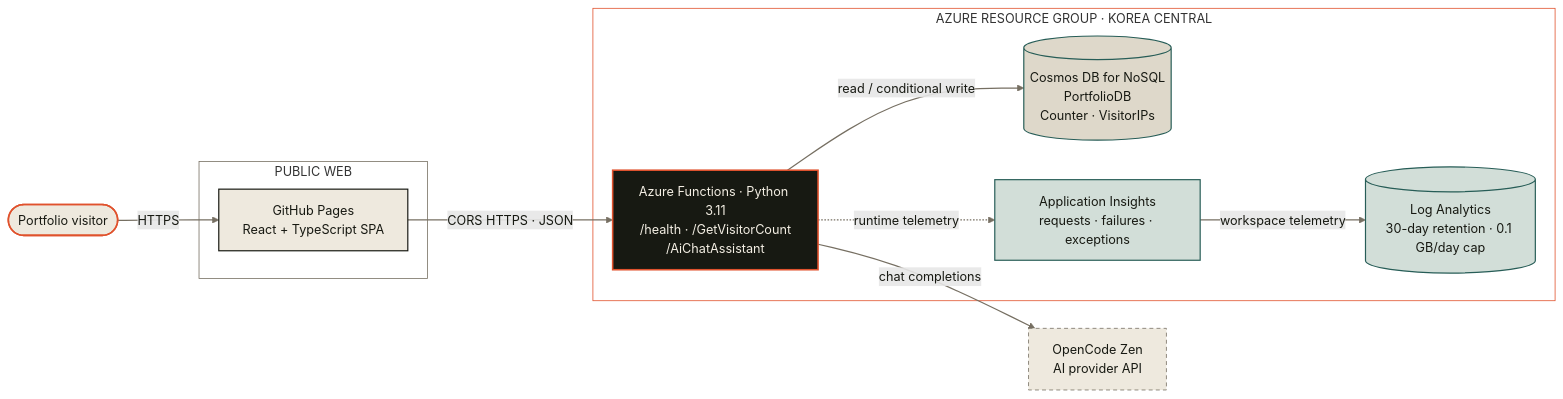
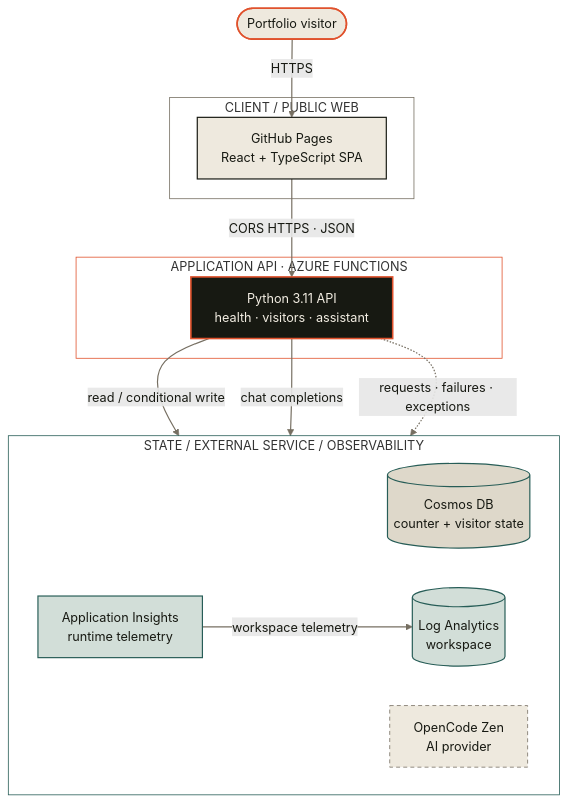
The diagram in docs/architecture/portfolio/runtime.mmd (Jeysibn/portfolio), drawn with Mermaid before and after one commit. The commit also changed 13 other files, not shown here.

Commit message:
polish architecture diagram presentation

```diff
--- a/docs/architecture/portfolio/runtime.mmd
+++ b/docs/architecture/portfolio/runtime.mmd
@@ -1,34 +1,34 @@
 %% C4 container-level runtime view.
-%% Audience: recruiters and technical reviewers tracing a production request.
-flowchart LR
+%% Audience: recruiters and technical reviewers tracing one production request.
+%% Shows runtime containers and telemetry; delivery is intentionally out of scope.
+flowchart TB
   visitor(["Portfolio visitor"]):::actor
-
-  subgraph publicWeb["PUBLIC WEB"]
+  subgraph publicWeb["CLIENT / PUBLIC WEB"]
     pages["GitHub Pages<br/>React + TypeScript SPA"]:::surface
   end
-
-  subgraph azure["AZURE RESOURCE GROUP · KOREA CENTRAL"]
-    functions["Azure Functions · Python 3.11<br/>/health · /GetVisitorCount<br/>/AiChatAssistant"]:::runtime
-    cosmos[("Cosmos DB for NoSQL<br/>PortfolioDB<br/>Counter · VisitorIPs")]:::state
-    insights["Application Insights<br/>requests · failures · exceptions"]:::observe
-    logs[("Log Analytics<br/>30-day retention · 0.1 GB/day cap")]:::observe
+  subgraph applicationApi["APPLICATION API · AZURE FUNCTIONS"]
+    functions["Python 3.11 API<br/>health · visitors · assistant"]:::runtime
   end
-
-  provider["OpenCode Zen<br/>AI provider API"]:::external
-
+  subgraph dependencies["STATE / EXTERNAL SERVICE / OBSERVABILITY"]
+    direction LR
+    cosmos[("Cosmos DB<br/>counter + visitor state")]:::state
+    provider["OpenCode Zen<br/>AI provider"]:::external
+    insights["Application Insights<br/>runtime telemetry"]:::observe
+    logs[("Log Analytics<br/>workspace")]:::observe
+  end
   visitor -->|"HTTPS"| pages
   pages -->|"CORS HTTPS · JSON"| functions
   functions -->|"read / conditional write"| cosmos
   functions -->|"chat completions"| provider
-  functions -.->|"runtime telemetry"| insights
+  functions -.->|"requests · failures · exceptions"| insights
   insights -->|"workspace telemetry"| logs
-
   classDef actor fill:#eee9de,stroke:#e0522d,color:#171912,stroke-width:2px
   classDef surface fill:#eee9de,stroke:#171912,color:#171912,stroke-width:1.5px
   classDef runtime fill:#171912,stroke:#e0522d,color:#f3eee3,stroke-width:2px
   classDef state fill:#ded8ca,stroke:#275d57,color:#171912,stroke-width:1.5px
   classDef observe fill:#d2ded8,stroke:#275d57,color:#171912,stroke-width:1.5px
   classDef external fill:#eee9de,stroke:#766f62,color:#171912,stroke-dasharray:5 4
   style publicWeb fill:transparent,stroke:#766f62,stroke-width:1px
-  style azure fill:transparent,stroke:#e0522d,stroke-width:1px
+  style applicationApi fill:transparent,stroke:#e0522d,stroke-width:1px
+  style dependencies fill:transparent,stroke:#275d57,stroke-width:1px
   linkStyle default stroke:#766f62,stroke-width:1.5px,color:#171912
```
